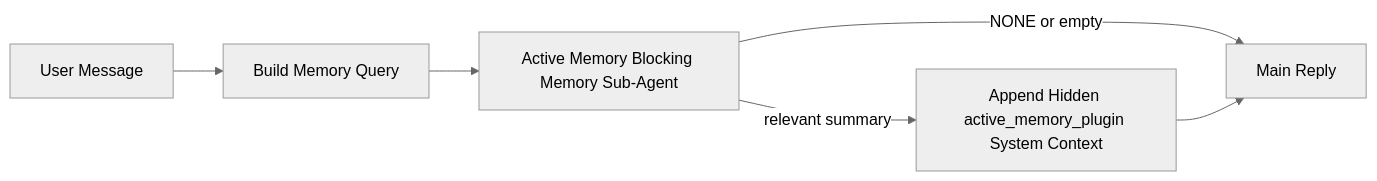
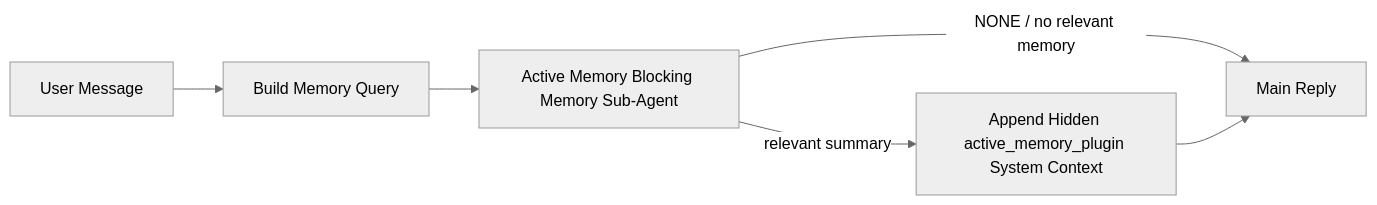
The diagram in concepts/active-memory.md (oadank/agent-wiki-mcp), drawn with Mermaid (neutral theme) before and after one commit. The commit also changed other lines of this file and 651 other files, not shown here.

````diff
--- a/concepts/active-memory.md
+++ b/concepts/active-memory.md
@@ -305,8 +338,8 @@
 ```mermaid
 flowchart LR
   U["User Message"] --> Q["Build Memory Query"]
   Q --> R["Active Memory Blocking Memory Sub-Agent"]
-  R -->|NONE or empty| M["Main Reply"]
+  R -->|NONE / no relevant memory| M["Main Reply"]
   R -->|relevant summary| I["Append Hidden active_memory_plugin System Context"]
   I --> M["Main Reply"]
 ```
````
